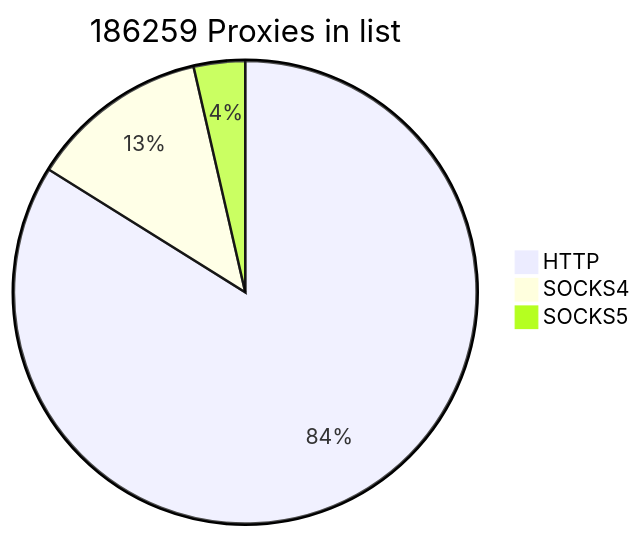
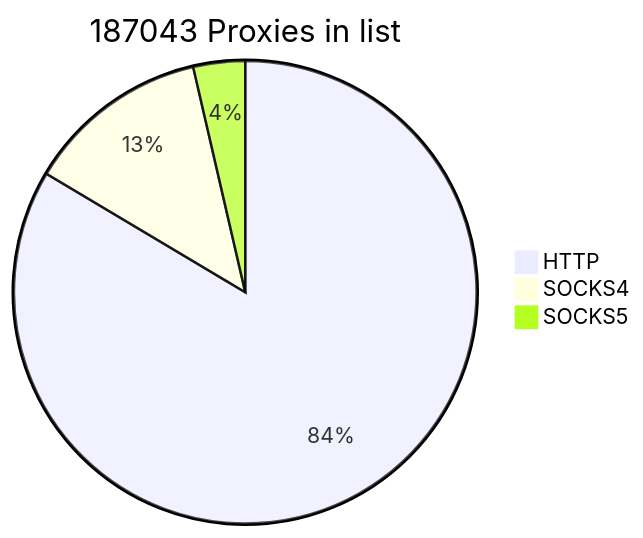
One commit to cutipu/proxylist changed the first of 2 diagrams in README.md. Above: the diagram before and after it, drawn with Mermaid. The commit also changed other lines of this file, not shown here.

````diff
--- a/README.md
+++ b/README.md
@@ -2,7 +2,7 @@
 ```mermaid
-pie title 186259 Proxies in list
-    "HTTP" : 156250
-    "SOCKS4" : 23329
-    "SOCKS5" : 6680
+pie title 187043 Proxies in list
+    "HTTP" : 156275
+    "SOCKS4" : 24002
+    "SOCKS5" : 6766
             
 ```
````
